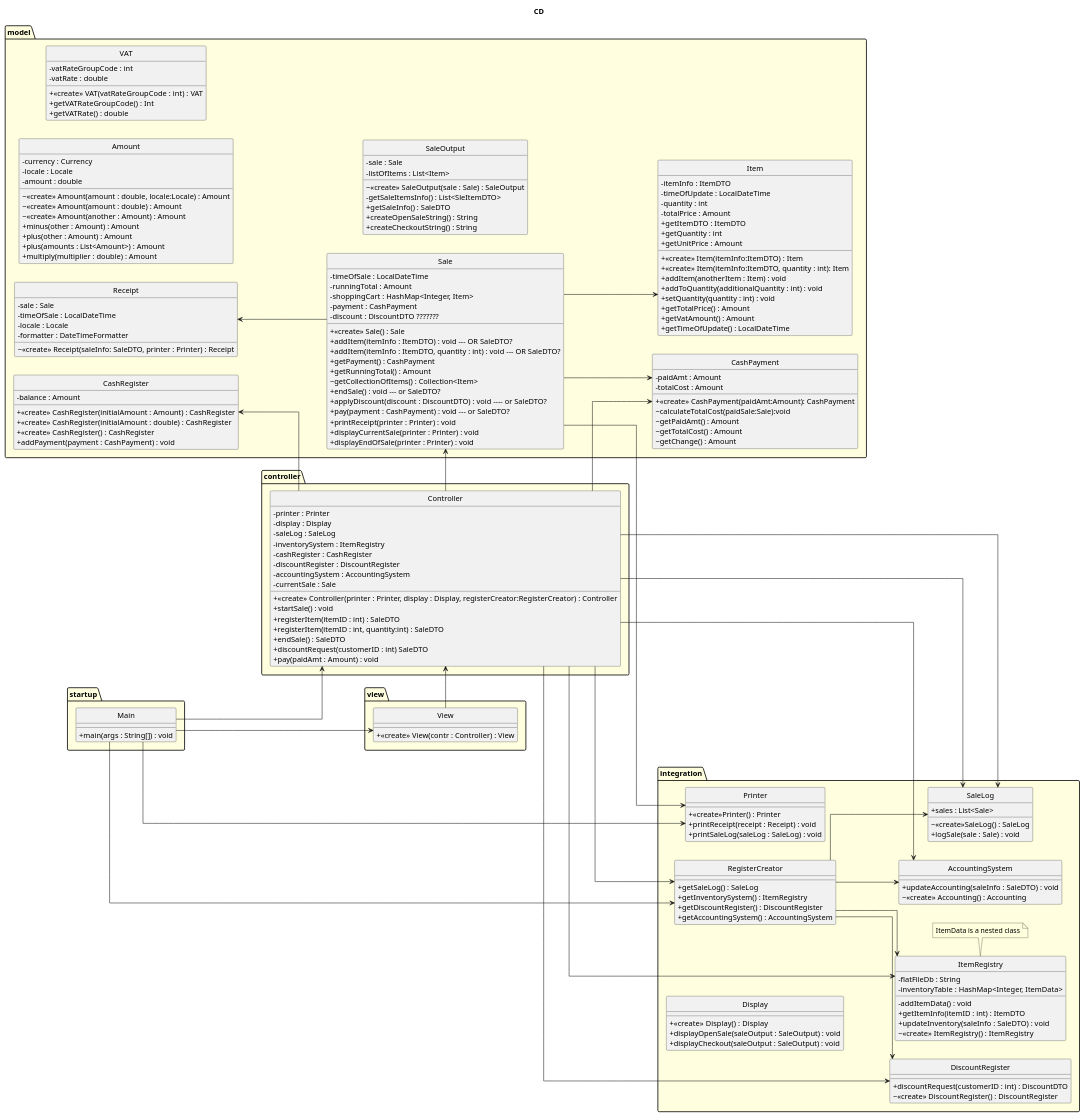
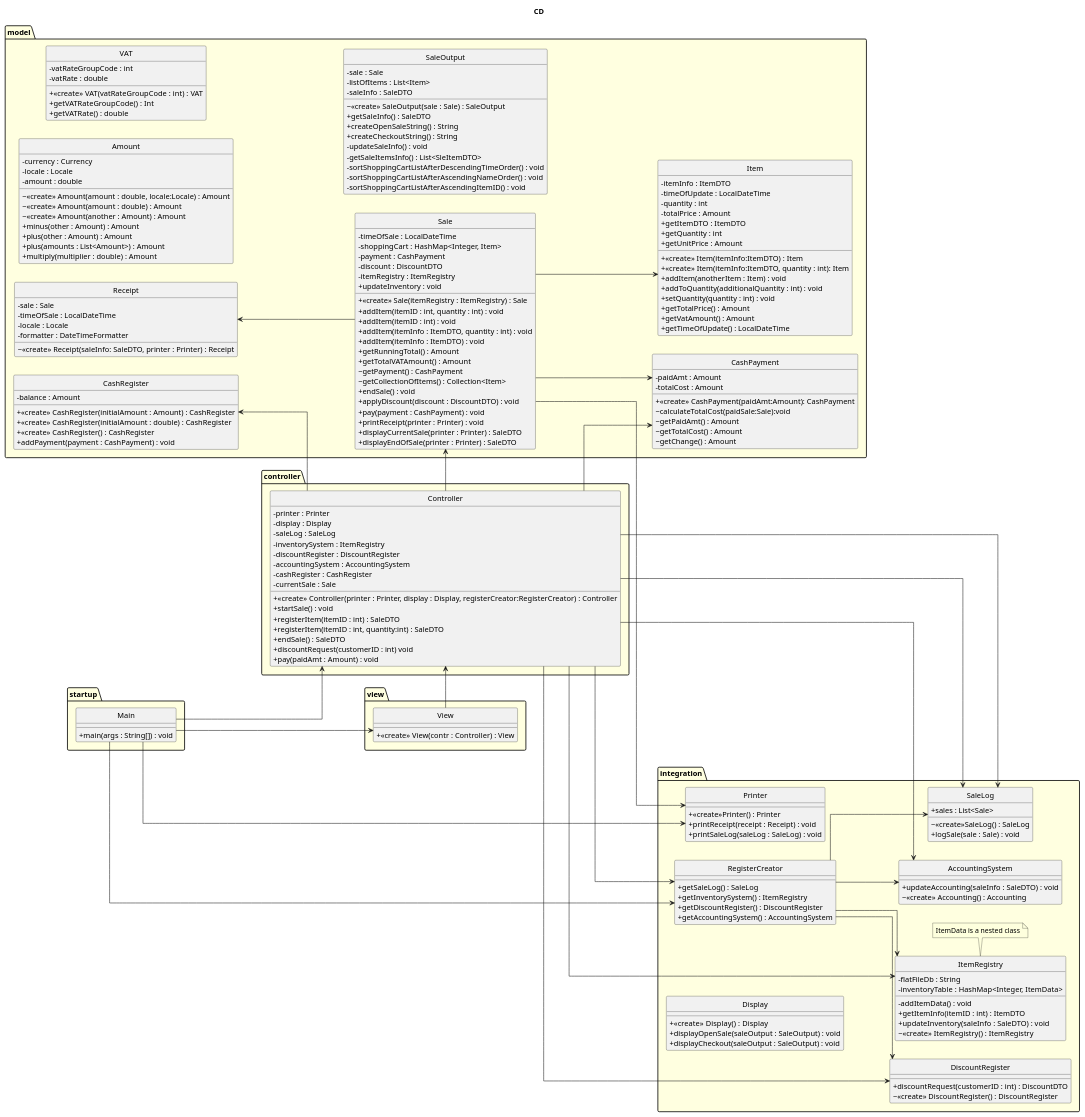
Before and after one commit to blomquiste/kth-iv1350-POS: the first of 8 diagrams in uml/uml_v3.puml, drawn with PlantUML. The commit also changed other lines of this file and 7 other files, not shown here.

First line of the commit message:
SaleInfo and DTO, Discount and UML (#21)

```diff
--- a/uml/uml_v3.puml
+++ b/uml/uml_v3.puml
@@ -26,40 +26,42 @@
             - display : Display
             - saleLog : SaleLog
             - inventorySystem : ItemRegistry
-            - cashRegister : CashRegister
             - discountRegister : DiscountRegister
             - accountingSystem : AccountingSystem
+            - cashRegister : CashRegister
             - currentSale : Sale
             +<<create>> Controller(printer : Printer, display : Display, registerCreator:RegisterCreator) : Controller
             +startSale() : void
             +registerItem(itemID : int) : SaleDTO
             +registerItem(itemID : int, quantity:int) : SaleDTO
             +endSale() : SaleDTO
-            +discountRequest(customerID : int) SaleDTO
+            +discountRequest(customerID : int) void
             +pay(paidAmt : Amount) : void
         }
     }
     package model {
         class Sale{
             - timeOfSale : LocalDateTime
-            - runningTotal : Amount
             - shoppingCart : HashMap<Integer, Item>
             - payment : CashPayment
-            - discount : DiscountDTO ???????
-'            - itemName : String
-'            - quantity : int
-            + <<create>> Sale() : Sale
-            + addItem(itemInfo : ItemDTO) : void --- OR SaleDTO?
-            + addItem(itemInfo : ItemDTO, quantity : int) : void --- OR SaleDTO?
-            + getPayment() : CashPayment
+            - discount : DiscountDTO
+            - itemRegistry : ItemRegistry
+            + <<create>> Sale(itemRegistry : ItemRegistry) : Sale
+            + addItem(itemID : int, quantity : int) : void
+            + addItem(itemID : int) : void
+            + addItem(itemInfo : ItemDTO, quantity : int) : void
+            + addItem(itemInfo : ItemDTO) : void
             + getRunningTotal() : Amount
+            + getTotalVATAmount() : Amount
+            ~ getPayment() : CashPayment
             ~ getCollectionOfItems() : Collection<Item>
-            + endSale() : void --- or SaleDTO?
-            + applyDiscount(discount : DiscountDTO) : void ---- or SaleDTO?
-            + pay(payment : CashPayment) : void --- or SaleDTO?
+            + endSale() : void
+            + applyDiscount(discount : DiscountDTO) : void
+            + pay(payment : CashPayment) : void
             + printReceipt(printer : Printer) : void
-            + displayCurrentSale(printer : Printer) : void
-            + displayEndOfSale(printer : Printer) : void
+            + displayCurrentSale(printer : Printer) : SaleDTO
+            + displayEndOfSale(printer : Printer) : SaleDTO
+            + updateInventory : void
         }
         class Item{
             - itemInfo : ItemDTO
@@ -126,11 +128,16 @@
         class SaleOutput {
             - sale : Sale
             - listOfItems : List<Item>
+            - saleInfo : SaleDTO
             ~ <<create>> SaleOutput(sale : Sale) : SaleOutput
-            - getSaleItemsInfo() : List<SleItemDTO>
             + getSaleInfo() : SaleDTO
             + createOpenSaleString() : String
             + createCheckoutString() : String
+            - updateSaleInfo() : void
+            - getSaleItemsInfo() : List<SleItemDTO>
+            - sortShoppingCartListAfterDescendingTimeOrder() : void
+            - sortShoppingCartListAfterAscendingNameOrder() : void
+            - sortShoppingCartListAfterAscendingItemID() : void
 '           Ska getSaleInfo vara private eller packageprivate? Hur ska den användas externt?
         }
     }
```
